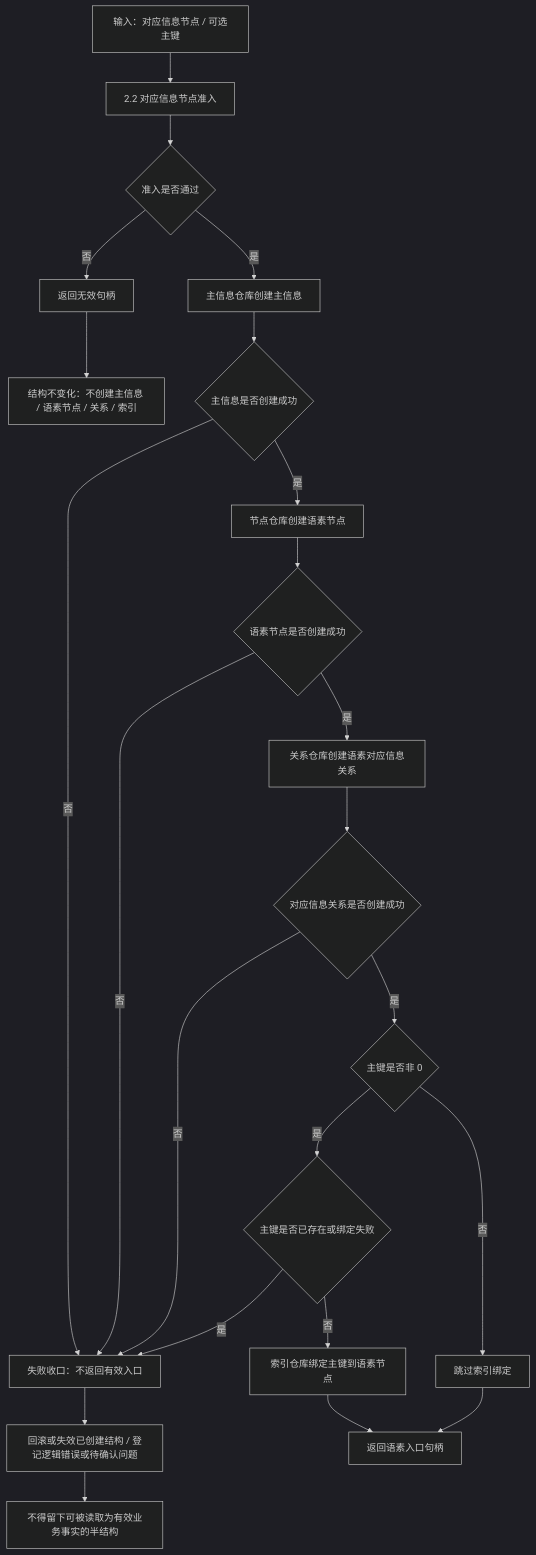
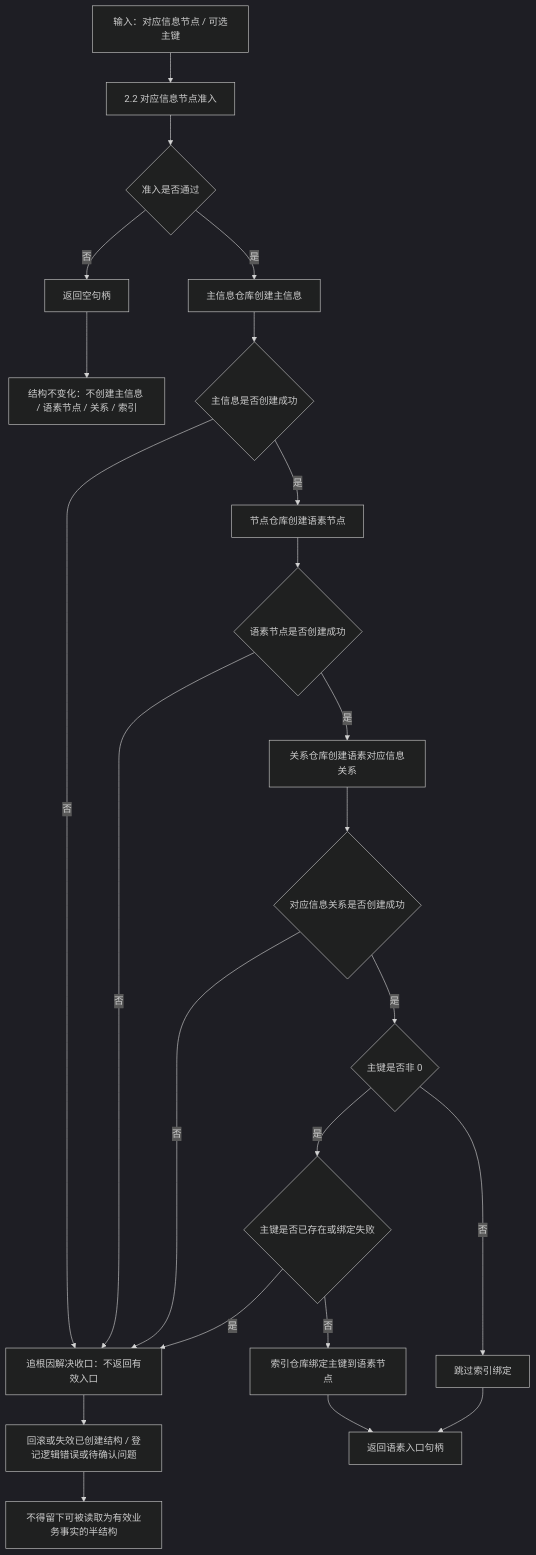
Before and after one commit to chunhaizh-cyber/HY-Ego: the diagram in 流程图/20260708_语素入口创建子流程图_v0.1.md, drawn with Mermaid (dark theme). The commit also changed other lines of this file and 66 other files, not shown here.

Commit message:
执行流程图异常口径修订计划

````diff
--- a/流程图/20260708_语素入口创建子流程图_v0.1.md
+++ b/流程图/20260708_语素入口创建子流程图_v0.1.md
@@ -18,25 +18,25 @@
 ```mermaid
 flowchart TD
     A["输入：对应信息节点 / 可选主键"] --> B["2.2 对应信息节点准入"]
     B --> C{"准入是否通过"}
-    C -- "否" --> R["返回无效句柄"]
+    C -- "否" --> R["返回空句柄"]
     R --> R1["结构不变化：不创建主信息 / 语素节点 / 关系 / 索引"]
     C -- "是" --> D["主信息仓库创建主信息"]
     D --> D1{"主信息是否创建成功"}
-    D1 -- "否" --> Z["失败收口：不返回有效入口"]
+    D1 -- "否" --> Z["追根因解决收口：不返回有效入口"]
     D1 -- "是" --> E["节点仓库创建语素节点"]
     E --> E1{"语素节点是否创建成功"}
     E1 -- "否" --> Z
     E1 -- "是" --> F["关系仓库创建语素对应信息关系"]
     F --> F1{"对应信息关系是否创建成功"}
     F1 -- "否" --> Z
     F1 -- "是" --> G{"主键是否非 0"}
     G -- "是" --> H{"主键是否已存在或绑定失败"}
     H -- "是" --> Z
     H -- "否" --> H1["索引仓库绑定主键到语素节点"]
     G -- "否" --> I["跳过索引绑定"]
     H1 --> S["返回语素入口句柄"]
     I --> S
     Z --> Z1["回滚或失效已创建结构 / 登记逻辑错误或待确认问题"]
     Z1 --> Z2["不得留下可被读取为有效业务事实的半结构"]
 ```
````
